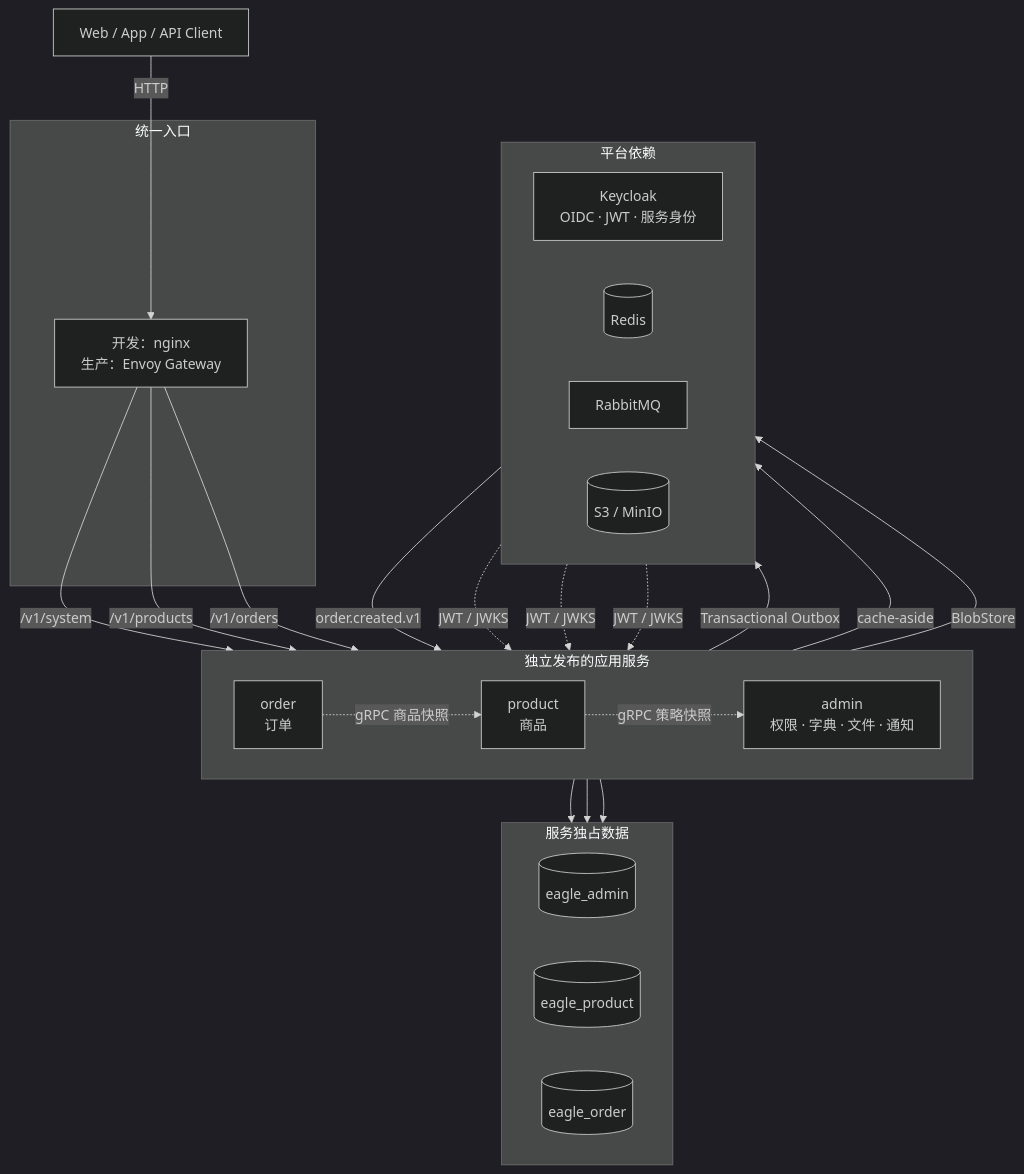
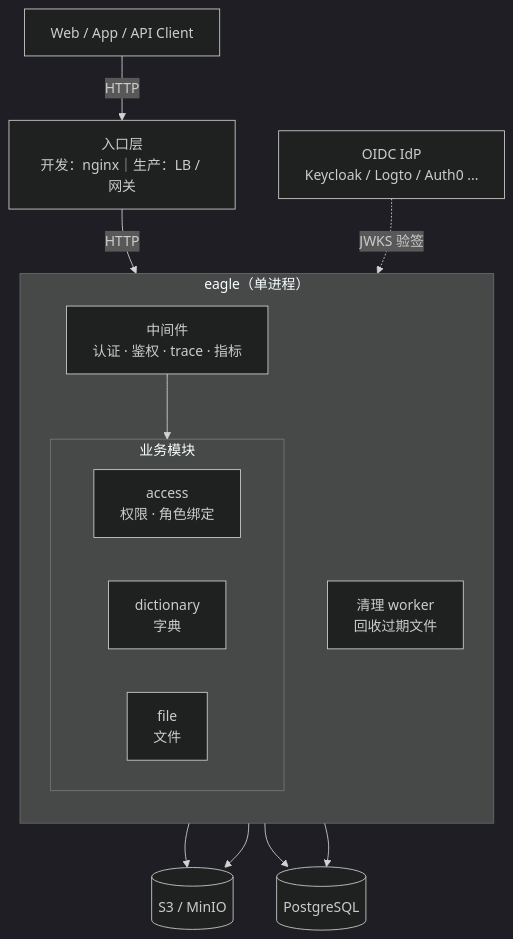
Before and after one commit to sunshixiong789/eagle-go: the diagram in README.md, drawn with Mermaid (dark theme). The commit also changed other lines of this file and 505 other files, not shown here.

````diff
--- a/README.md
+++ b/README.md
@@ -19,49 +20,30 @@
 ```mermaid
 flowchart TB
     client["Web / App / API Client"]
+    gateway["入口层<br/>开发：nginx｜生产：LB / 网关"]
 
-    subgraph edge [统一入口]
-        gateway["开发：nginx<br/>生产：Envoy Gateway"]
+    subgraph eagle ["eagle（单进程）"]
+        direction TB
+        middleware["中间件<br/>认证 · 鉴权 · trace · 指标"]
+        subgraph modules [业务模块]
+            direction LR
+            access["access<br/>权限 · 角色绑定"]
+            dictionary["dictionary<br/>字典"]
+            file["file<br/>文件"]
+        end
+        worker["清理 worker<br/>回收过期文件"]
     end
 
-    subgraph services [独立发布的应用服务]
-        direction LR
-        admin["admin<br/>权限 · 字典 · 文件 · 通知"]
-        product["product<br/>商品"]
-        order["order<br/>订单"]
-    end
-
-    subgraph data [服务独占数据]
-        direction LR
-        admin_db[(eagle_admin)]
-        product_db[(eagle_product)]
-        order_db[(eagle_order)]
-    end
-
-    subgraph platform [平台依赖]
-        direction LR
-        keycloak["Keycloak<br/>OIDC · JWT · 服务身份"]
-        redis[(Redis)]
-        rabbitmq["RabbitMQ"]
-        object_store[(S3 / MinIO)]
-    end
+    idp["OIDC IdP<br/>Keycloak / Logto / Auth0 ..."]
+    db[(PostgreSQL)]
+    object_store[(S3 / MinIO)]
 
     client -->|HTTP| gateway
-    gateway -->|/v1/system| admin
-    gateway -->|/v1/products| product
-    gateway -->|/v1/orders| order
-
-    product -.->|gRPC 策略快照| admin
-    order -.->|gRPC 商品快照| product
-    order -->|Transactional Outbox| rabbitmq
-    rabbitmq -->|order.created.v1| admin
-
-    admin --> admin_db
-    product --> product_db
-    order --> order_db
-    product -->|cache-aside| redis
-    admin -->|BlobStore| object_store
-    keycloak -.->|JWT / JWKS| admin
-    keycloak -.->|JWT / JWKS| product
-    keycloak -.->|JWT / JWKS| order
+    gateway -->|HTTP| middleware
+    middleware --> modules
+    idp -.->|JWKS 验签| middleware
+    modules --> db
+    file --> object_store
+    worker --> db
+    worker --> object_store
 ```
````
